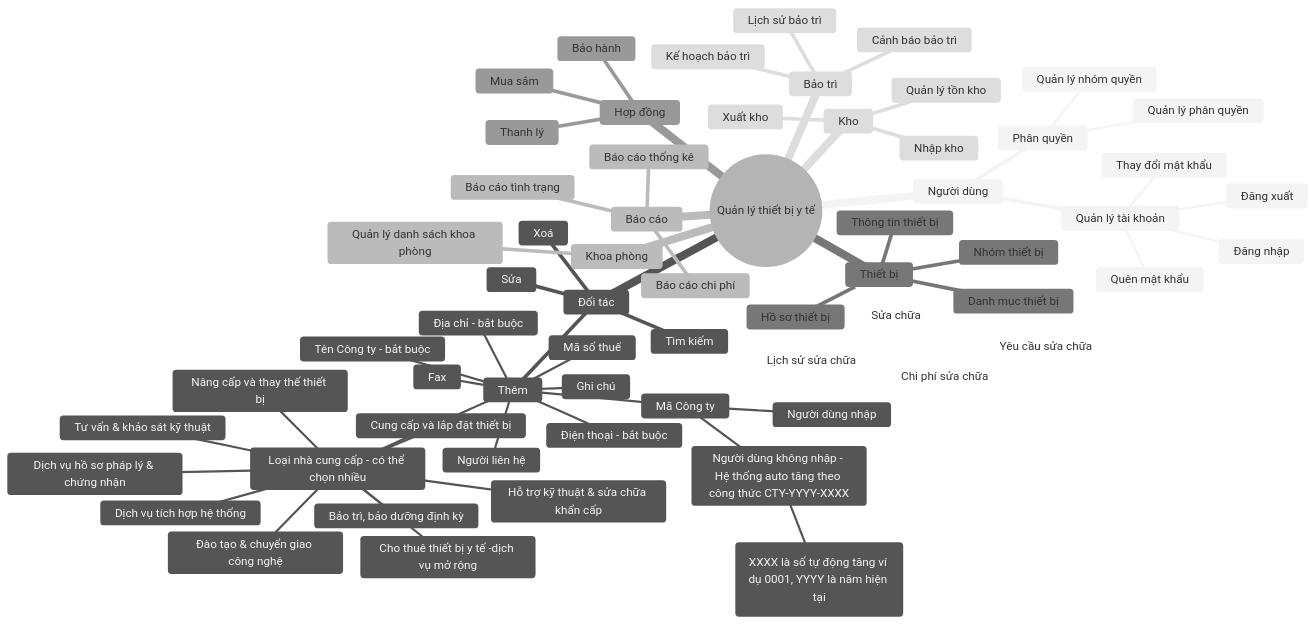
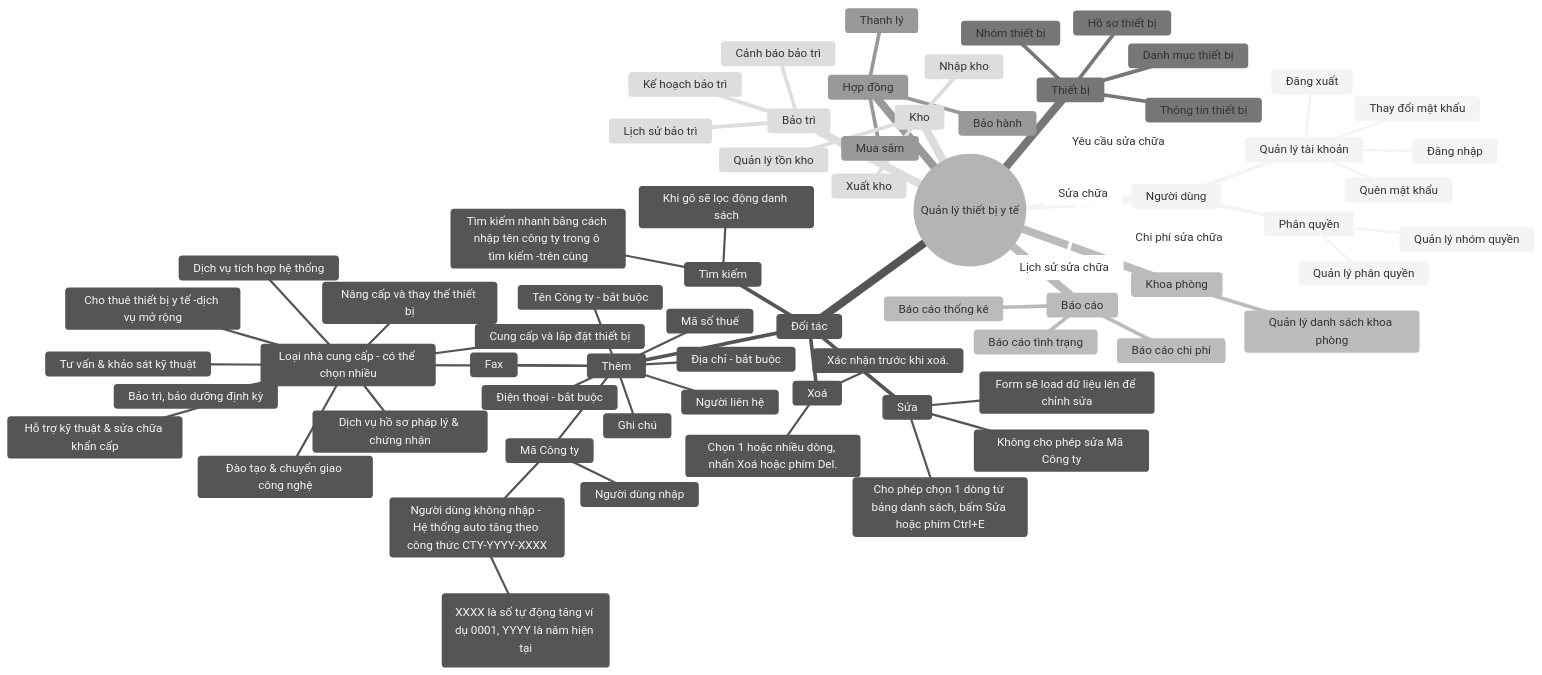
The diagram in mindmap.md (nthanhdo/mems-brainstorm), drawn with Mermaid (neutral theme) before and after one commit.

````diff
--- a/mindmap.md
+++ b/mindmap.md
@@ -1,71 +1,79 @@
 ```mermaid
 mindmap
   root((Quản lý thiết bị y tế))
     Người dùng
       Quản lý tài khoản
          Đăng nhập
          Đăng xuất
          Thay đổi mật khẩu
          Quên mật khẩu
       Phân quyền
          Quản lý nhóm quyền
          Quản lý phân quyền
 
     Đối tác
         Thêm
           Mã Công ty 
                Người dùng nhập 
                Người dùng không nhập - Hệ thống auto tăng theo công thức CTY-YYYY-XXXX
                    (XXXX là số tự động tăng ví dụ 0001, YYYY là năm hiện tại)
           Tên Công ty - bắt buộc
           Mã số thuế
           Loại nhà cung cấp - có thể chọn nhiều
                Tư vấn & khảo sát kỹ thuật
                Cung cấp và lắp đặt thiết bị
                Đào tạo & chuyển giao công nghệ
                Bảo trì, bảo dưỡng định kỳ
                Hỗ trợ kỹ thuật & sửa chữa khẩn cấp
                Dịch vụ hồ sơ pháp lý & chứng nhận
                Nâng cấp và thay thế thiết bị
                Cho thuê thiết bị y tế -dịch vụ mở rộng
                Dịch vụ tích hợp hệ thống                    
          Địa chỉ - bắt buộc
          Người liên hệ
          Điện thoại - bắt buộc
          Fax
          Ghi chú  
         Sửa
+         Cho phép chọn 1 dòng từ bảng danh sách, bấm Sửa hoặc phím Ctrl+E
+         Form sẽ load dữ liệu lên để chỉnh sửa
+         Không cho phép sửa Mã Công ty
+        Tìm kiếm
+         Tìm kiếm nhanh bằng cách nhập tên công ty trong ô tìm kiếm -trên cùng
+         Khi gõ sẽ lọc động danh sách
         Xoá
-        Tìm kiếm
+         Chọn 1 hoặc nhiều dòng, nhấn Xoá hoặc phím Del.
+         Xác nhận trước khi xoá.
+
     Khoa phòng
       Quản lý danh sách khoa phòng
       
     Thiết bị
       Nhóm thiết bị
       Danh mục thiết bị
       Thông tin thiết bị
       Hồ sơ thiết bị
 
     Hợp đồng
       Mua sắm
       Bảo hành
       Thanh lý
     Bảo trì
       Kế hoạch bảo trì
       Lịch sử bảo trì
       Cảnh báo bảo trì
     Sửa chữa
       Yêu cầu sửa chữa
       Lịch sử sửa chữa
       Chi phí sửa chữa
     Kho
       Quản lý tồn kho
       Nhập kho
       Xuất kho
     Báo cáo
       Báo cáo thống kê
       Báo cáo tình trạng
       Báo cáo chi phí
    
 
 ```
````
